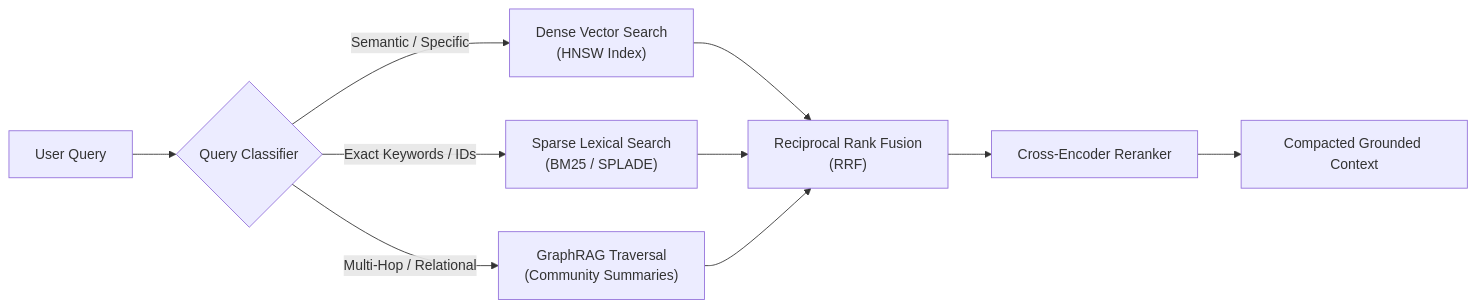
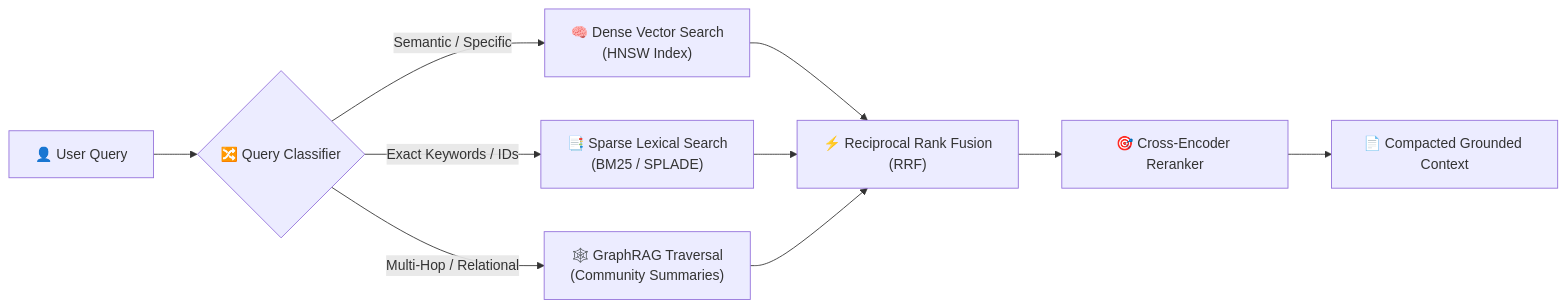
One commit to dip4k/senior-engineer-to-ai-engineer-roadmap changed the second of 3 diagrams in ai-technology-roadmap-2025-2026.md. Above: the diagram before and after it, drawn with Mermaid. The commit also changed other lines of this file and 94 other files, not shown here.

Commit message:
refactor(curriculum): complete Phase 04 upgrade and enforce diagram renderer invariants

````diff
--- a/ai-technology-roadmap-2025-2026.md
+++ b/ai-technology-roadmap-2025-2026.md
@@ -97,14 +96,14 @@
 ```mermaid
 flowchart LR
-    Q["User Query"] --> Router{"Query Classifier"}
-    Router -->|"Semantic / Specific"| Dense["Dense Vector Search<br>(HNSW Index)"]
-    Router -->|"Exact Keywords / IDs"| Sparse["Sparse Lexical Search<br>(BM25 / SPLADE)"]
-    Router -->|"Multi-Hop / Relational"| Graph["GraphRAG Traversal<br>(Community Summaries)"]
+    Q["👤 User Query"] --> Router{"🔀 Query Classifier"}
+    Router -->|"Semantic / Specific"| Dense["🧠 Dense Vector Search<br>(HNSW Index)"]
+    Router -->|"Exact Keywords / IDs"| Sparse["📑 Sparse Lexical Search<br>(BM25 / SPLADE)"]
+    Router -->|"Multi-Hop / Relational"| Graph["🕸️ GraphRAG Traversal<br>(Community Summaries)"]
     
-    Dense --> RRF["Reciprocal Rank Fusion<br>(RRF)"]
+    Dense --> RRF["⚡ Reciprocal Rank Fusion<br>(RRF)"]
     Sparse --> RRF
     Graph --> RRF
     
-    RRF --> Rerank["Cross-Encoder Reranker"]
-    Rerank --> Context["Compacted Grounded Context"]
+    RRF --> Rerank["🎯 Cross-Encoder Reranker"]
+    Rerank --> Context["📄 Compacted Grounded Context"]
 ```
````
